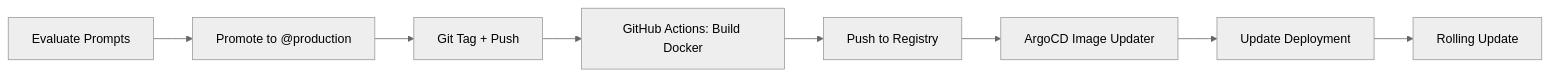
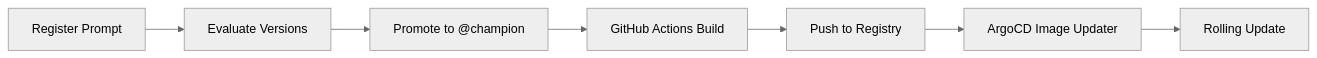
The diagram in README.md (OpenCloudHub/demo-app-genai-backend), drawn with Mermaid (neutral theme) before and after one commit. The commit also changed other lines of this file and 26 other files, not shown here.

````diff
--- a/README.md
+++ b/README.md
@@ -309,10 +337,9 @@
 ```mermaid
 graph LR
-    A[Evaluate Prompts] --> B[Promote to @production]
-    B --> C[Git Tag + Push]
-    C --> D[GitHub Actions: Build Docker]
+    A[Register Prompt] --> B[Evaluate Versions]
+    B --> C[Promote to @champion]
+    C --> D[GitHub Actions Build]
     D --> E[Push to Registry]
     E --> F[ArgoCD Image Updater]
-    F --> G[Update Deployment]
-    G --> H[Rolling Update]
+    F --> G[Rolling Update]
 ```
````
